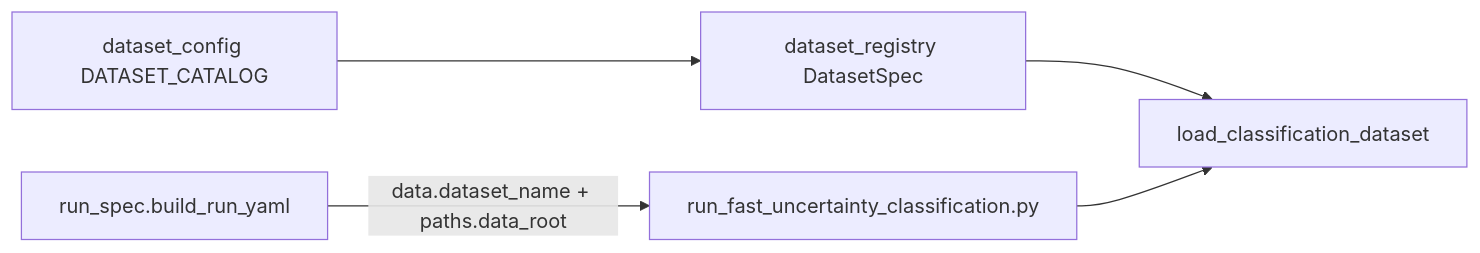
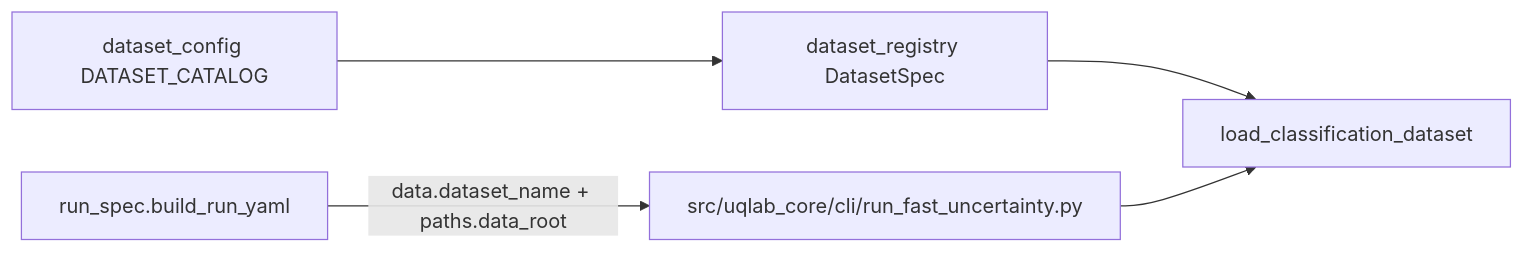
The diagram in docs/features/dataset-plugin.md (gigibot-tech/uqlab-streamlit), drawn with Mermaid before and after one commit. The commit also changed 21 other files, not shown here.

First line of the commit message:
Relocate small CLI runners from scripts/runners to src/uqlab_core/cli

````diff
--- a/docs/features/dataset-plugin.md
+++ b/docs/features/dataset-plugin.md
@@ -9,12 +9,12 @@
 ```mermaid
 flowchart LR
   Catalog[dataset_config DATASET_CATALOG]
   Registry[dataset_registry DatasetSpec]
   Factory[load_classification_dataset]
   RunSpec[run_spec.build_run_yaml]
-  Script[run_fast_uncertainty_classification.py]
+  Script[src/uqlab_core/cli/run_fast_uncertainty.py]
   Catalog --> Registry
   Registry --> Factory
   RunSpec -->|data.dataset_name + paths.data_root| Script
   Script --> Factory
 ```
````
